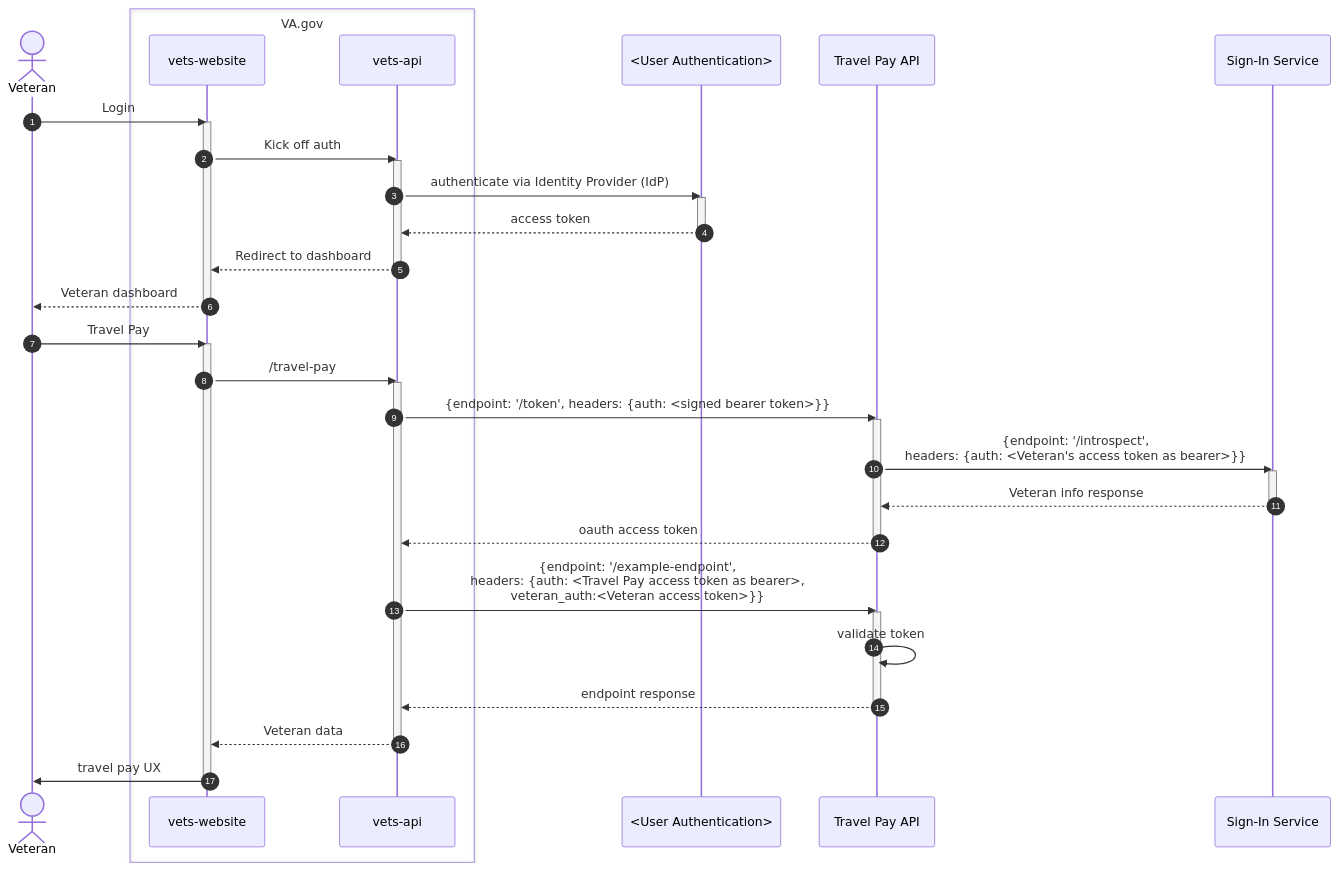
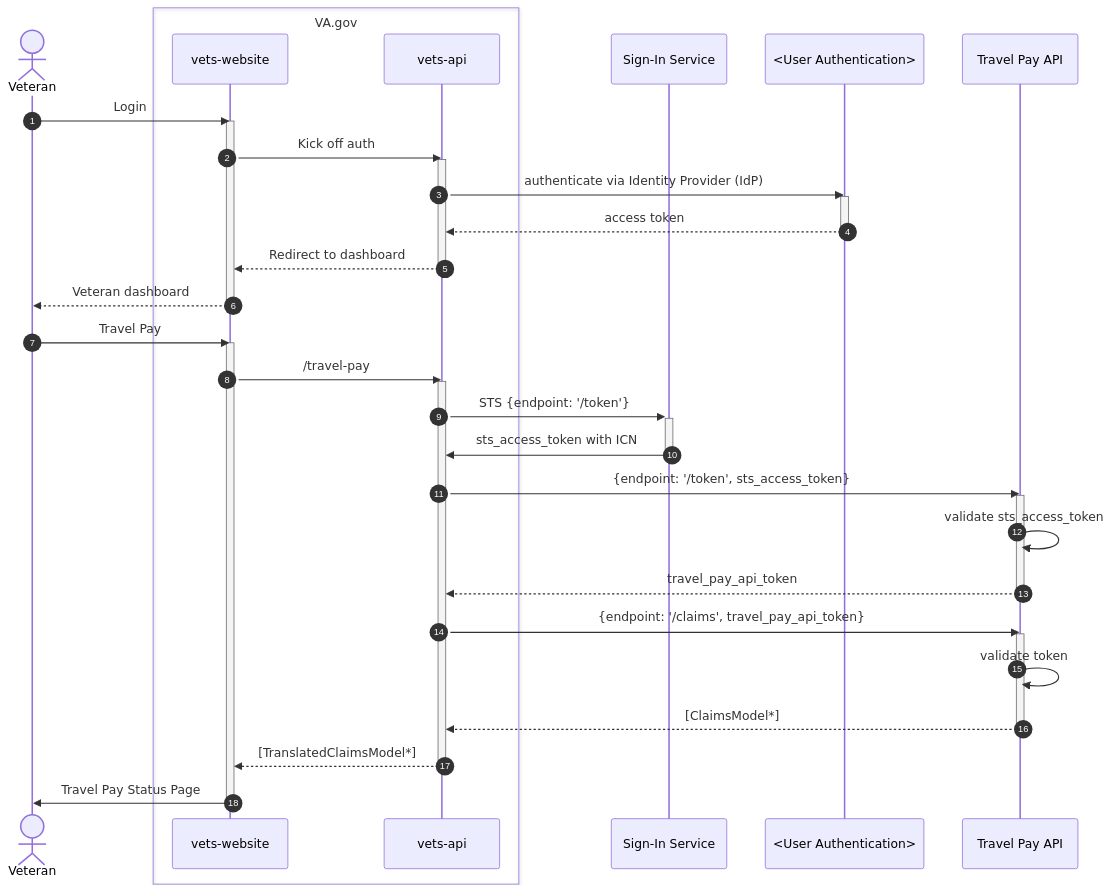
The diagram in products/health-care/beneficiary-travel/engineering/auth-seq-diagram.md (department-of-veterans-affairs/va.gov-team), drawn with Mermaid before and after one commit.

````diff
--- a/products/health-care/beneficiary-travel/engineering/auth-seq-diagram.md
+++ b/products/health-care/beneficiary-travel/engineering/auth-seq-diagram.md
@@ -1,54 +1,55 @@
 ```mermaid
 sequenceDiagram
 autonumber
   actor v as Veteran
   box VA.gov
     participant vweb as vets-website
     participant vapi as vets-api
   end
+  participant sis as Sign-In Service
   participant uauth as <User Authentication>
   participant tpapi as Travel Pay API
-  participant sis as Sign-In Service
+
 
   v->>vweb: Login
   activate vweb
     vweb->>vapi: Kick off auth
     activate vapi
     vapi->>uauth: authenticate via Identity Provider (IdP)
 
     activate uauth
       uauth-->>vapi: access token
     deactivate uauth
     vapi-->>vweb: Redirect to dashboard
     deactivate vapi
     vweb-->>v: Veteran dashboard
     deactivate vweb
 
     v->>vweb: Travel Pay
     activate vweb
     vweb->>vapi: /travel-pay
+
     activate vapi
+    vapi->>+sis: STS {endpoint: '/token'}
+    sis->>-vapi: sts_access_token with ICN
 
-      vapi->>tpapi: {endpoint: '/token', headers: {auth: <signed bearer token>}}
-      activate tpapi
-      tpapi->>sis: {endpoint: '/introspect',<br/>headers: {auth: <Veteran's access token as bearer>}}
-      activate sis
-        sis-->>tpapi: Veteran info response
-      deactivate sis
-
-      tpapi-->>vapi: oauth access token
+    vapi->>tpapi: {endpoint: '/token', sts_access_token}
+    activate tpapi
+      tpapi->>tpapi: validate sts_access_token
+      tpapi-->>vapi: travel_pay_api_token
     deactivate tpapi
 
-    vapi->>tpapi: {endpoint: '/example-endpoint',<br/>headers: {auth: <Travel Pay access token as bearer>,<br/>veteran_auth:<Veteran access token>}}
+    vapi->>tpapi: {endpoint: '/claims', travel_pay_api_token}
 
     activate tpapi
       tpapi->>tpapi: validate token
 
-      tpapi-->>vapi: endpoint response
+      tpapi-->>vapi: [ClaimsModel*]
     deactivate tpapi
     
-    vapi-->>vweb: Veteran data
+    vapi-->>vweb: [TranslatedClaimsModel*]
     deactivate vapi
-    vweb->>v: travel pay UX
+
+    vweb->>v: Travel Pay Status Page
   deactivate vweb
 ```
````
